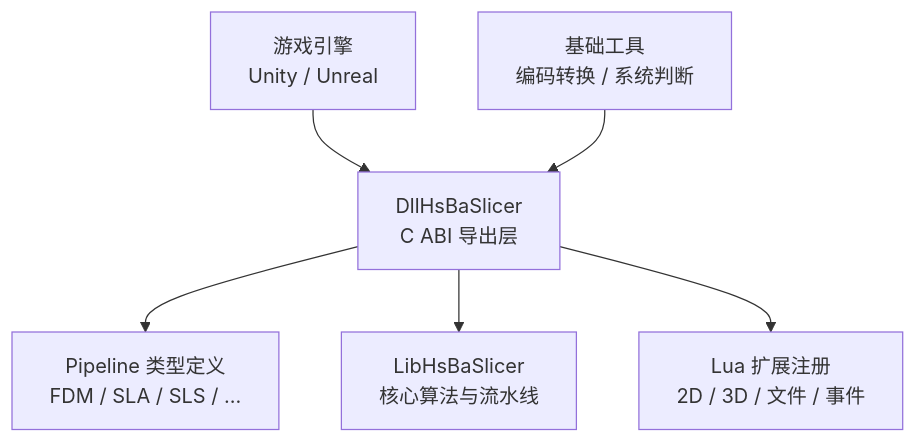
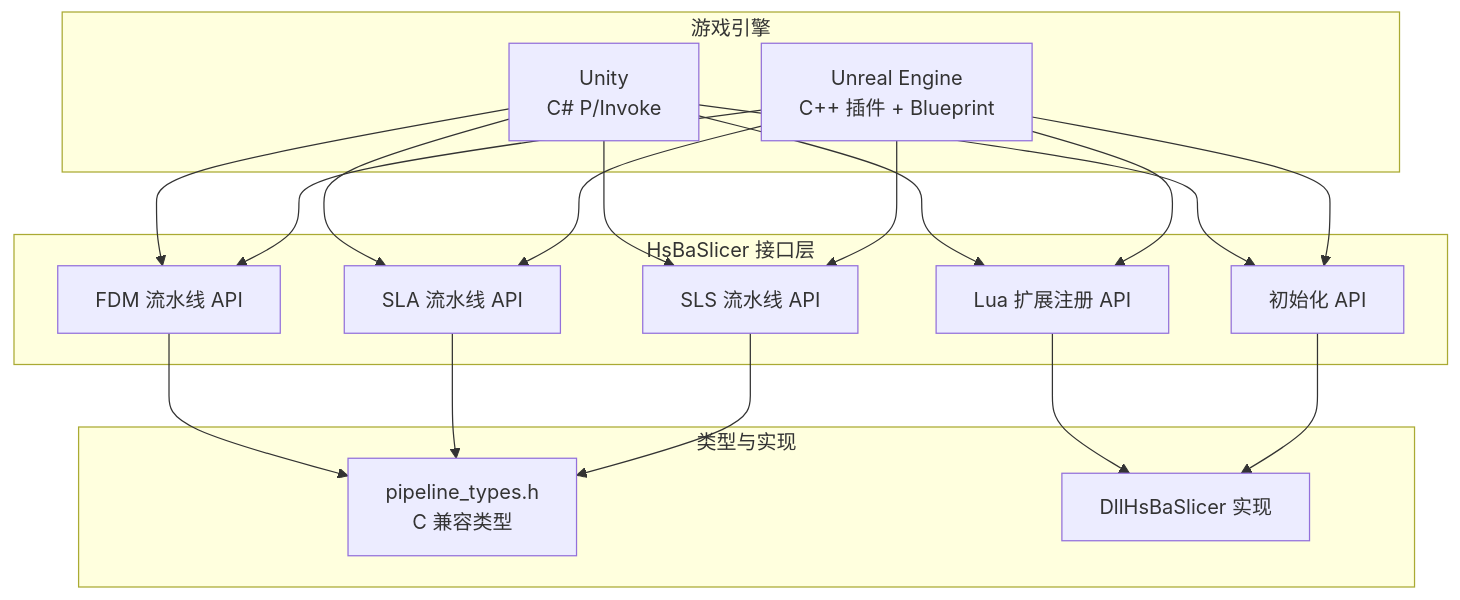
One commit to hsmbanlance/HsBaSlicer changed the first of 5 diagrams in .qoder/repowiki/zh/content/集成指南/游戏引擎集成/游戏引擎集成.md. Above: the diagram before and after it, drawn with Mermaid. The commit also changed other lines of this file and 1135 other files, not shown here.

````diff
--- a/.qoder/repowiki/zh/content/集成指南/游戏引擎集成/游戏引擎集成.md
+++ b/.qoder/repowiki/zh/content/集成指南/游戏引擎集成/游戏引擎集成.md
@@ -52,8 +42,33 @@
 ```mermaid
 graph TB
-Engine["游戏引擎<br/>Unity / Unreal"] --> Dll["DllHsBaSlicer<br/>C ABI 导出层"]
-Dll --> Types["Pipeline 类型定义<br/>FDM / SLA / SLS / ..."]
-Dll --> Lib["LibHsBaSlicer<br/>核心算法与流水线"]
-Dll --> LuaReg["Lua 扩展注册<br/>2D / 3D / 文件 / 事件"]
-Base["基础工具<br/>编码转换 / 系统判断"] --> Dll
+subgraph "游戏引擎"
+U["Unity<br/>C# P/Invoke"]
+UE["Unreal Engine<br/>C++ 插件 + Blueprint"]
+end
+subgraph "HsBaSlicer 接口层"
+FDM["FDM 流水线 API"]
+SLA["SLA 流水线 API"]
+SLS["SLS 流水线 API"]
+LUA["Lua 扩展注册 API"]
+INIT["初始化 API"]
+end
+subgraph "类型与实现"
+TYPES["pipeline_types.h<br/>C 兼容类型"]
+IMPL["DllHsBaSlicer 实现"]
+end
+U --> FDM
+U --> SLA
+U --> SLS
+U --> LUA
+U --> INIT
+UE --> FDM
+UE --> SLA
+UE --> SLS
+UE --> LUA
+UE --> INIT
+FDM --> TYPES
+SLA --> TYPES
+SLS --> TYPES
+LUA --> IMPL
+INIT --> IMPL
 ```
````
